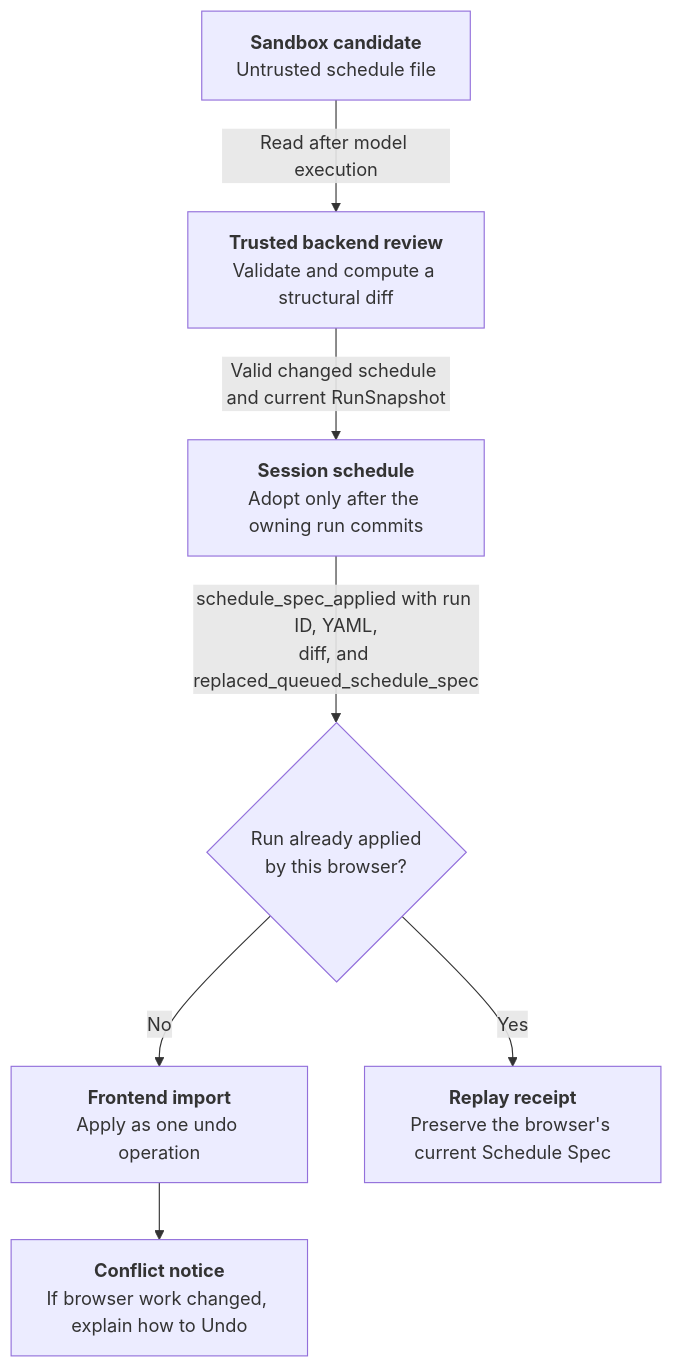
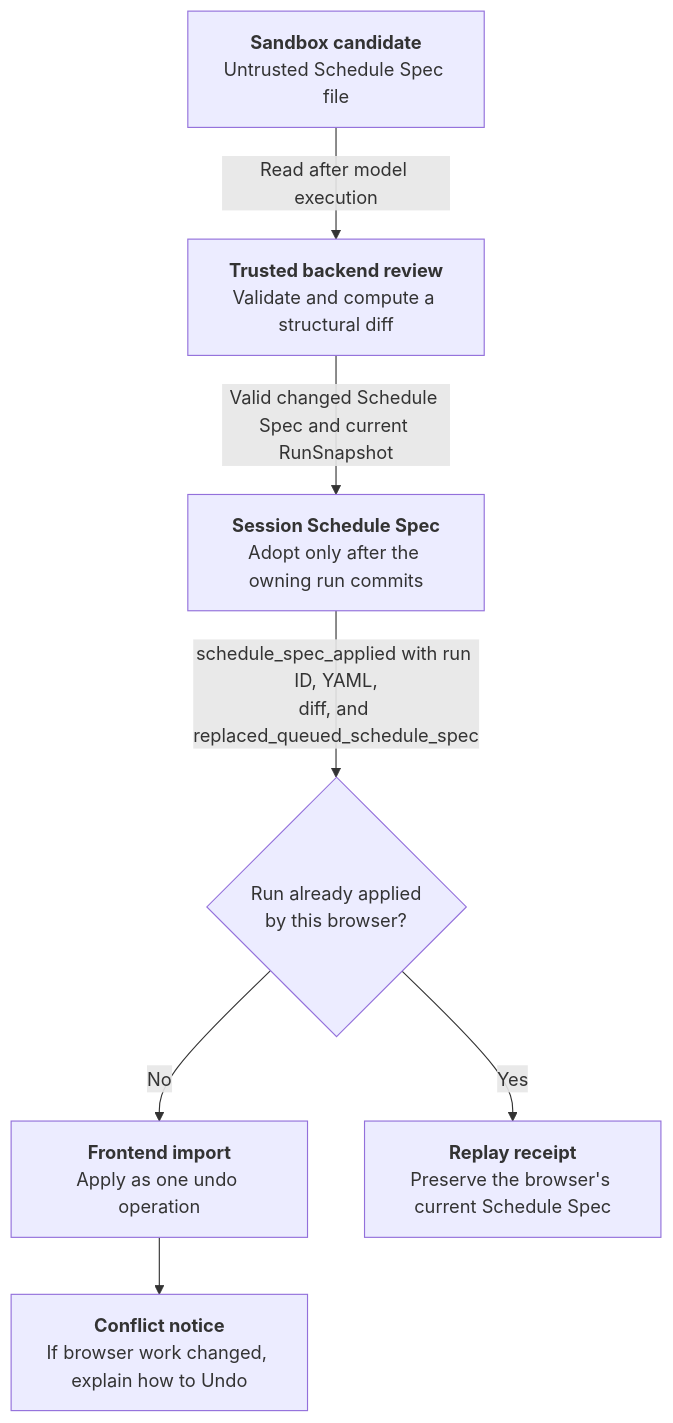
The sixth of 6 diagrams in docs/content/developer-guide/ai-assistant.md (j3soon/nurse-scheduling), drawn with Mermaid before and after one commit. The commit also changed other lines of this file and 75 other files, not shown here.

````diff
--- a/docs/content/developer-guide/ai-assistant.md
+++ b/docs/content/developer-guide/ai-assistant.md
@@ -750,16 +750,16 @@
 ```mermaid
 flowchart TB
-    Candidate["<b>Sandbox candidate</b><br/>Untrusted schedule file"]
+    Candidate["<b>Sandbox candidate</b><br/>Untrusted Schedule Spec file"]
     Validation["<b>Trusted backend review</b><br/>Validate and compute a structural diff"]
-    Session["<b>Session schedule</b><br/>Adopt only after the owning run commits"]
+    Session["<b>Session Schedule Spec</b><br/>Adopt only after the owning run commits"]
     Replay{"Run already applied<br/>by this browser?"}
     Import["<b>Frontend import</b><br/>Apply as one undo operation"]
     Notice["<b>Conflict notice</b><br/>If browser work changed, explain how to Undo"]
     Keep["<b>Replay receipt</b><br/>Preserve the browser's current Schedule Spec"]
     Candidate -->|Read after model execution| Validation
-    Validation -->|Valid changed schedule and current RunSnapshot| Session
+    Validation -->|Valid changed Schedule Spec and current RunSnapshot| Session
     Session -->|schedule_spec_applied with run ID, YAML,<br/>diff, and replaced_queued_schedule_spec| Replay
     Replay -->|No| Import
     Import --> Notice
     Replay -->|Yes| Keep
 ```
````
